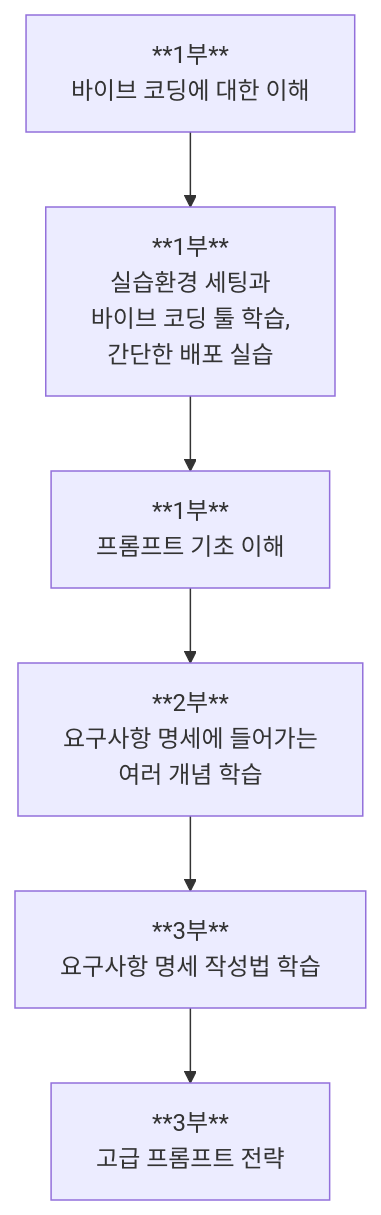
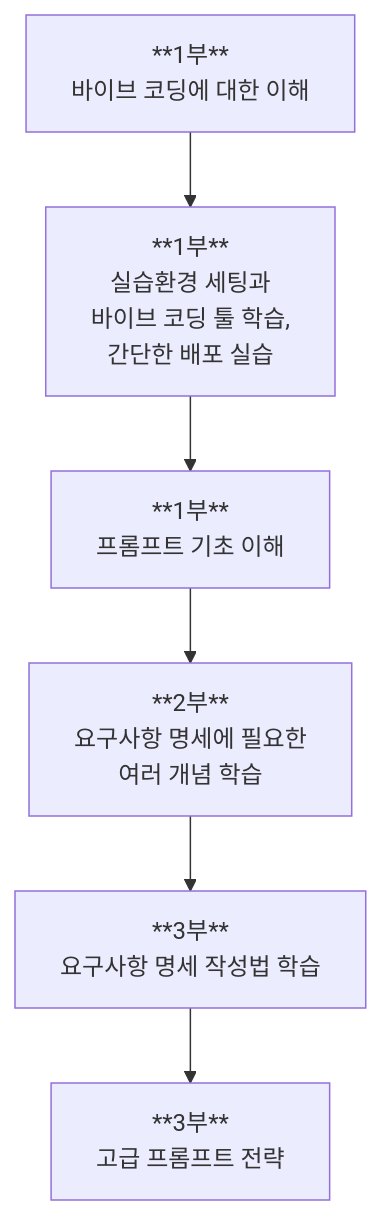
One commit to nugurejeil/weniVooks changed the eighth of 8 diagrams in _md/essentials-vibecoding/chapter01/01-1.md. Above: the diagram before and after it, drawn with Mermaid. The commit also changed 1 other file, not shown here.

Commit message:
도표 수정

````diff
--- a/_md/essentials-vibecoding/chapter01/01-1.md
+++ b/_md/essentials-vibecoding/chapter01/01-1.md
@@ -266,8 +266,8 @@
 ```mermaid
 flowchart TD
     A[**1부**<br/>바이브 코딩에 대한 이해] --> B[**1부**<br/>실습환경 세팅과<br/>바이브 코딩 툴 학습,<br/>간단한 배포 실습]
     B --> C[**1부**<br/>프롬프트 기초 이해]
-    C --> D[**2부**<br/>요구사항 명세에 들어가는<br/>여러 개념 학습]
+    C --> D[**2부**<br/>요구사항 명세에 필요한<br/>여러 개념 학습]
     D --> E[**3부**<br/>요구사항 명세 작성법 학습]
     E --> F[**3부**<br/>고급 프롬프트 전략]
 ```
````
